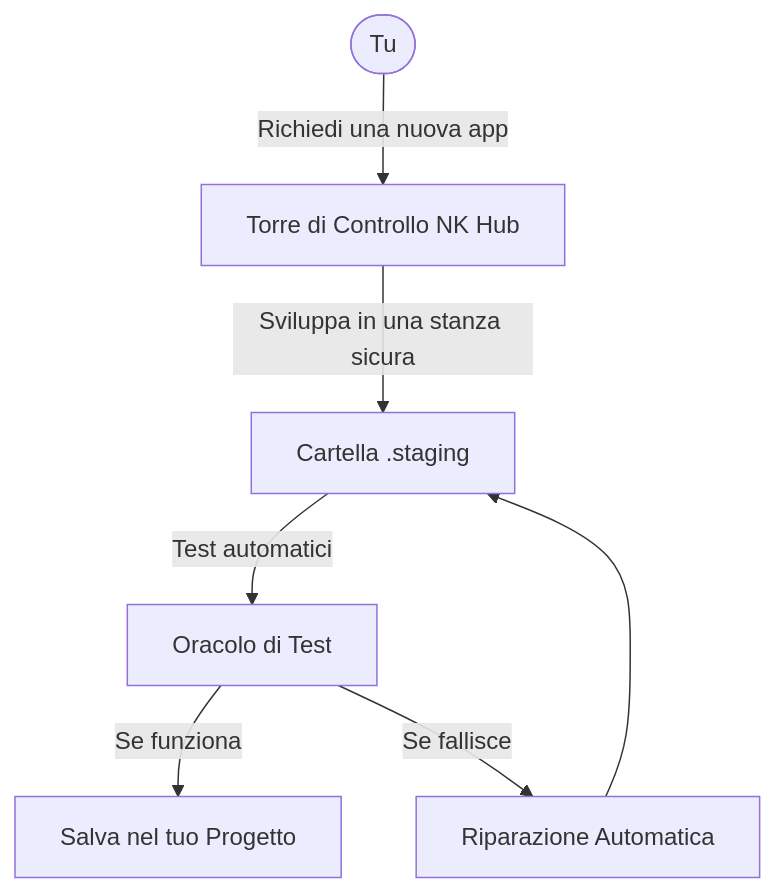
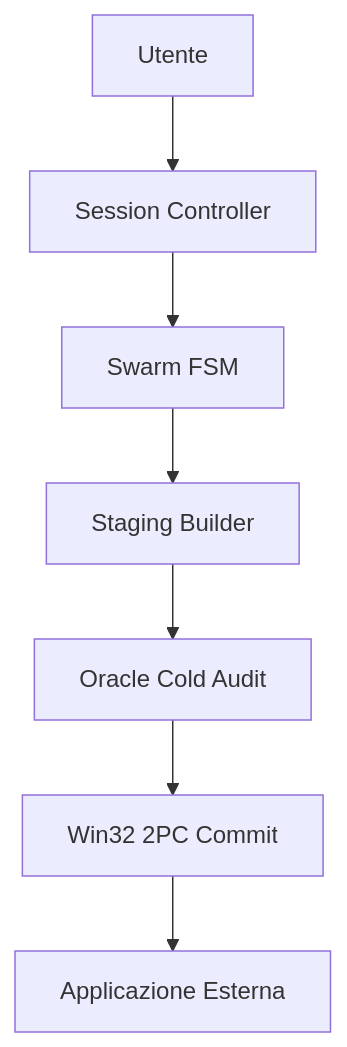
The first of 2 diagrams in README.it.md (erbaldo86/NK-Hub), drawn with Mermaid before and after one commit. The commit also changed other lines of this file and 6 other files, not shown here.

````diff
--- a/README.it.md
+++ b/README.it.md
@@ -43,9 +40,9 @@
 ```mermaid
-flowchart TD
-    User([Tu]) --> |Richiedi una nuova app| Hub[Torre di Controllo NK Hub]
-    Hub --> |Sviluppa in una stanza sicura| Staging[Cartella .staging]
-    Staging --> |Test automatici| Oracle[Oracolo di Test]
-    Oracle --> |Se funziona| Save[Salva nel tuo Progetto]
-    Oracle --> |Se fallisce| Fix[Riparazione Automatica]
-    Fix --> Staging
+graph TD
+    A[Utente] --> B[Session Controller]
+    B --> C[Swarm FSM]
+    C --> D[Staging Builder]
+    D --> E[Oracle Cold Audit]
+    E --> F[Win32 2PC Commit]
+    F --> G[Applicazione Esterna]
 ```
````
